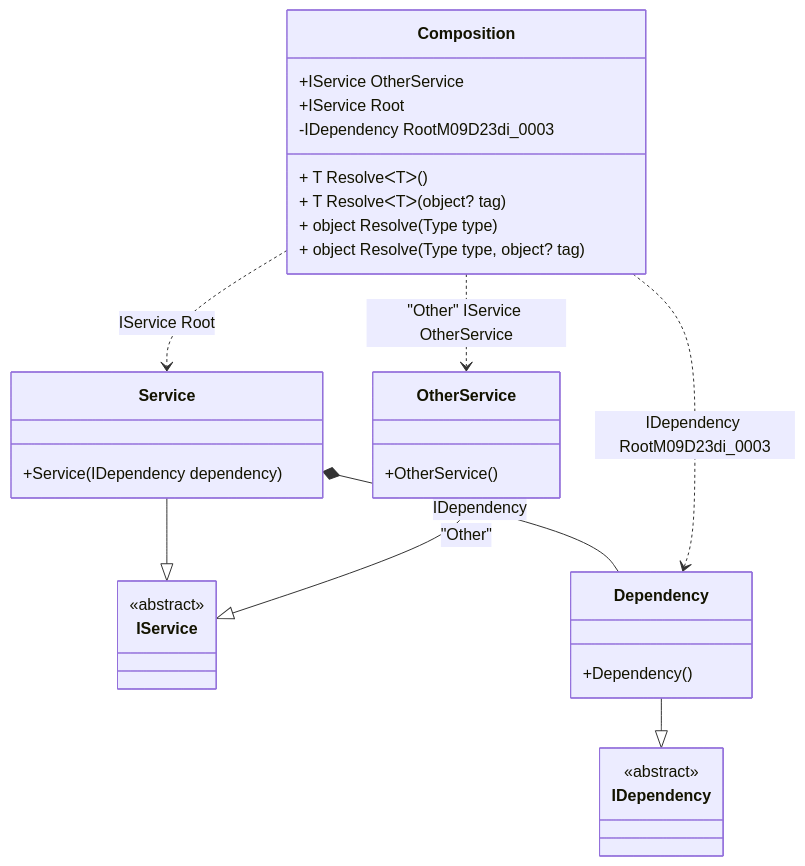
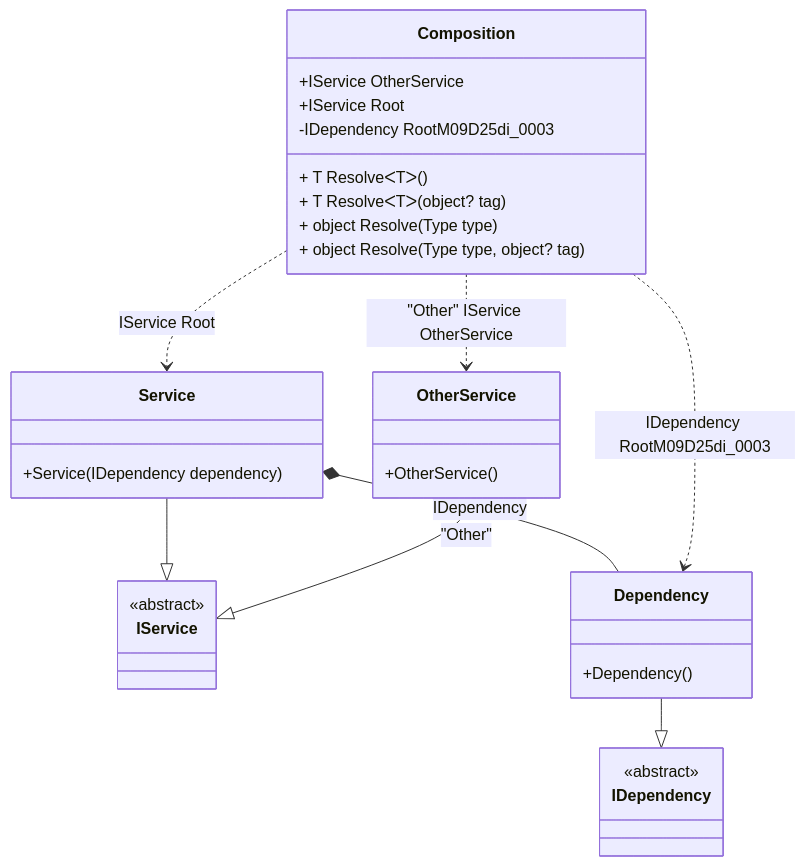
One commit to DevTeam/Pure.DI changed the diagram in readme/composition-roots.md. Above: the diagram before and after it, drawn with Mermaid. The commit also changed other lines of this file and 56 other files, not shown here.

````diff
--- a/readme/composition-roots.md
+++ b/readme/composition-roots.md
@@ -45,34 +45,34 @@
 ```mermaid
 classDiagram
   class Composition {
     +IService OtherService
     +IService Root
-    -IDependency RootM09D23di_0003
+    -IDependency RootM09D25di_0003
     + T ResolveᐸTᐳ()
     + T ResolveᐸTᐳ(object? tag)
     + object Resolve(Type type)
     + object Resolve(Type type, object? tag)
   }
   Service --|> IService : 
   class Service {
     +Service(IDependency dependency)
   }
   OtherService --|> IService : "Other" 
   class OtherService {
     +OtherService()
   }
   Dependency --|> IDependency : 
   class Dependency {
     +Dependency()
   }
   class IService {
     <<abstract>>
   }
   class IDependency {
     <<abstract>>
   }
   Service *--  Dependency : IDependency
   Composition ..> Service : IService Root
   Composition ..> OtherService : "Other" IService OtherService
-  Composition ..> Dependency : IDependency RootM09D23di_0003
+  Composition ..> Dependency : IDependency RootM09D25di_0003
 ```
````
